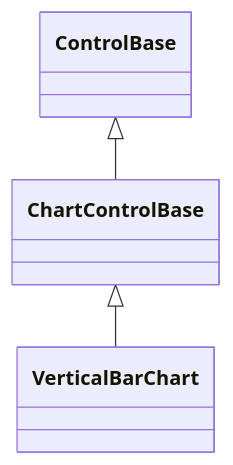
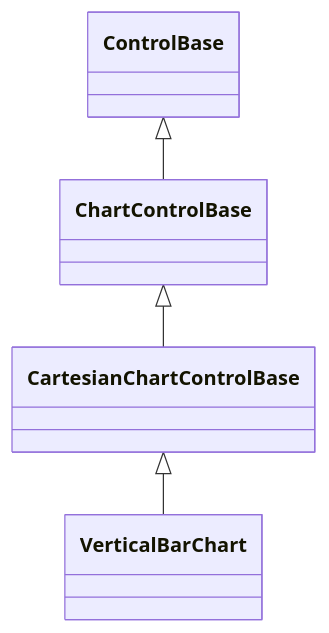
Before and after one commit to pavkam/sharp-vision: the diagram in docs/controls/charts/vertical-bar-chart.md, drawn with Mermaid. The commit also changed other lines of this file and 42 other files, not shown here.

First line of the commit message:
feat(charts): add selection and polish chart rendering

````diff
--- a/docs/controls/charts/vertical-bar-chart.md
+++ b/docs/controls/charts/vertical-bar-chart.md
@@ -10,5 +10,6 @@
 ```mermaid
 classDiagram
     ControlBase <|-- ChartControlBase
-    ChartControlBase <|-- VerticalBarChart
+    ChartControlBase <|-- CartesianChartControlBase
+    CartesianChartControlBase <|-- VerticalBarChart
 ```
````
